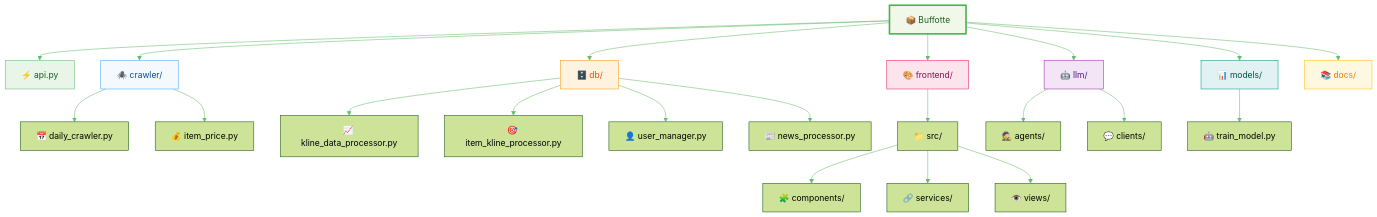
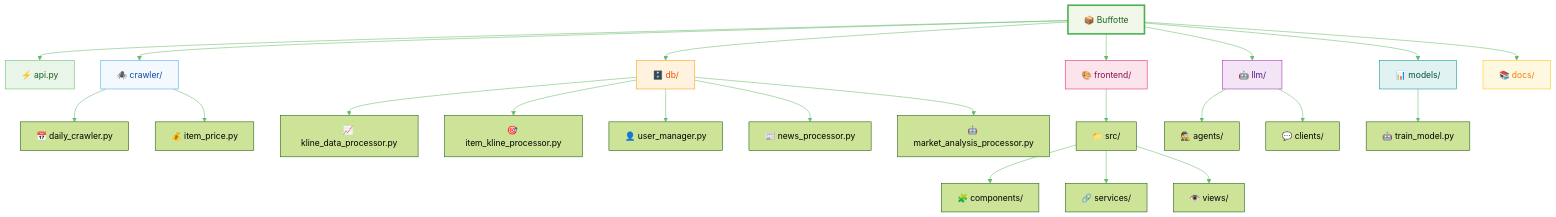
The second of 8 diagrams in README.md (Shr1mpTop/Buffotte), drawn with Mermaid before and after one commit. The commit also changed other lines of this file, not shown here.

````diff
--- a/README.md
+++ b/README.md
@@ -68,48 +72,49 @@
 ```mermaid
 %%{init: {
   'theme': 'forest',
   'themeVariables': {
     'primaryColor': '#f1f8e9',
     'primaryTextColor': '#1b5e20',
     'primaryBorderColor': '#4caf50',
     'lineColor': '#66bb6a',
     'clusterBkg': '#f9fbe7',
     'clusterBorder': '#9ccc65'
   }
 }}%%
 flowchart TD
     A[📦 Buffotte] --> B[⚡ api.py]
     A --> C[🕷️ crawler/]
     A --> D[🗄️ db/]
     A --> E[🎨 frontend/]
     A --> F[🤖 llm/]
     A --> G[📊 models/]
     A --> H[📚 docs/]
 
     C --> C1[📅 daily_crawler.py]
     C --> C2[💰 item_price.py]
 
     D --> D1[📈 kline_data_processor.py]
     D --> D2[🎯 item_kline_processor.py]
     D --> D3[👤 user_manager.py]
     D --> D4[📰 news_processor.py]
+    D --> D5[🤖 market_analysis_processor.py]
 
     E --> E1[📁 src/]
     E1 --> E11[🧩 components/]
     E1 --> E12[🔗 services/]
     E1 --> E13[👁️ views/]
 
     F --> F1[🕵️ agents/]
     F --> F2[💬 clients/]
 
     G --> G1[🤖 train_model.py]
 
     style A fill:#f1f8e9,stroke:#4caf50,color:#1b5e20,stroke-width:3px
     style B fill:#e8f5e8,stroke:#66bb6a,color:#1b5e20
     style C fill:#f3f9ff,stroke:#42a5f5,color:#0d47a1
     style D fill:#fff3e0,stroke:#ff9800,color:#e65100
     style E fill:#fce4ec,stroke:#e91e63,color:#880e4f
     style F fill:#f3e5f5,stroke:#9c27b0,color:#4a148c
     style G fill:#e0f2f1,stroke:#009688,color:#004d40
     style H fill:#fff8e1,stroke:#ffc107,color:#f57c00
 ```
````
